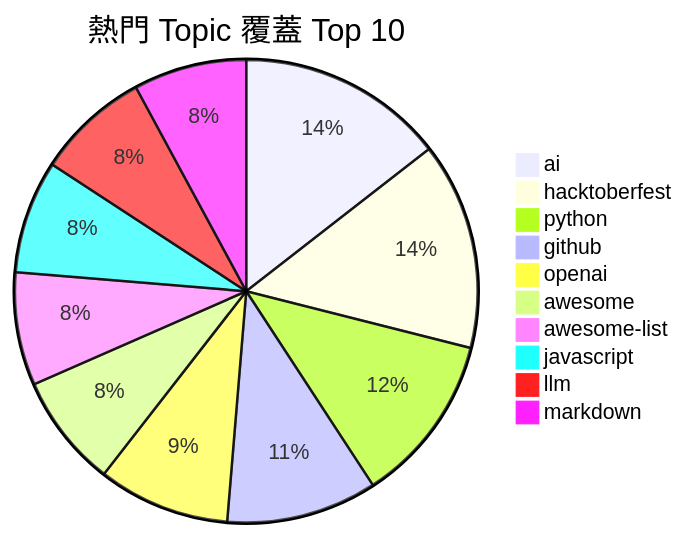
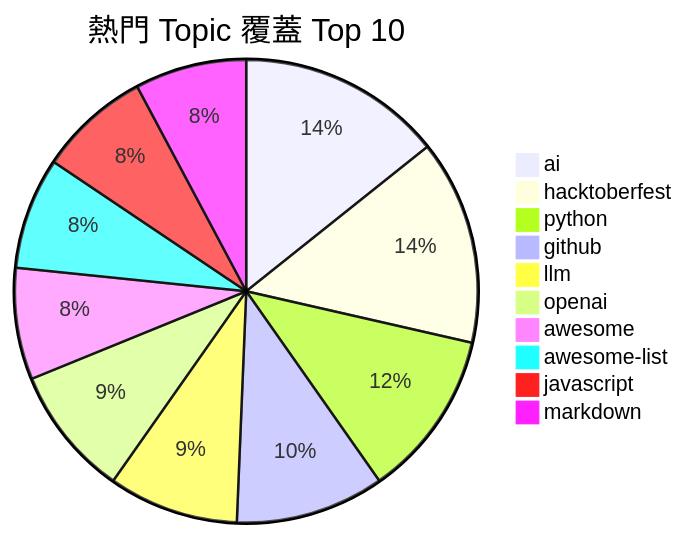
Before and after one commit to Andy87877/GitHub-Star-Manager: the first of 2 diagrams in README.md, drawn with Mermaid. The commit also changed other lines of this file and 3 other files, not shown here.

````diff
--- a/README.md
+++ b/README.md
@@ -11,13 +11,13 @@
 ```mermaid
 pie title 熱門 Topic 覆蓋 Top 10
     "ai" : 11
     "hacktoberfest" : 11
     "python" : 9
     "github" : 8
+    "llm" : 7
     "openai" : 7
     "awesome" : 6
     "awesome-list" : 6
     "javascript" : 6
-    "llm" : 6
     "markdown" : 6
 ```
````
